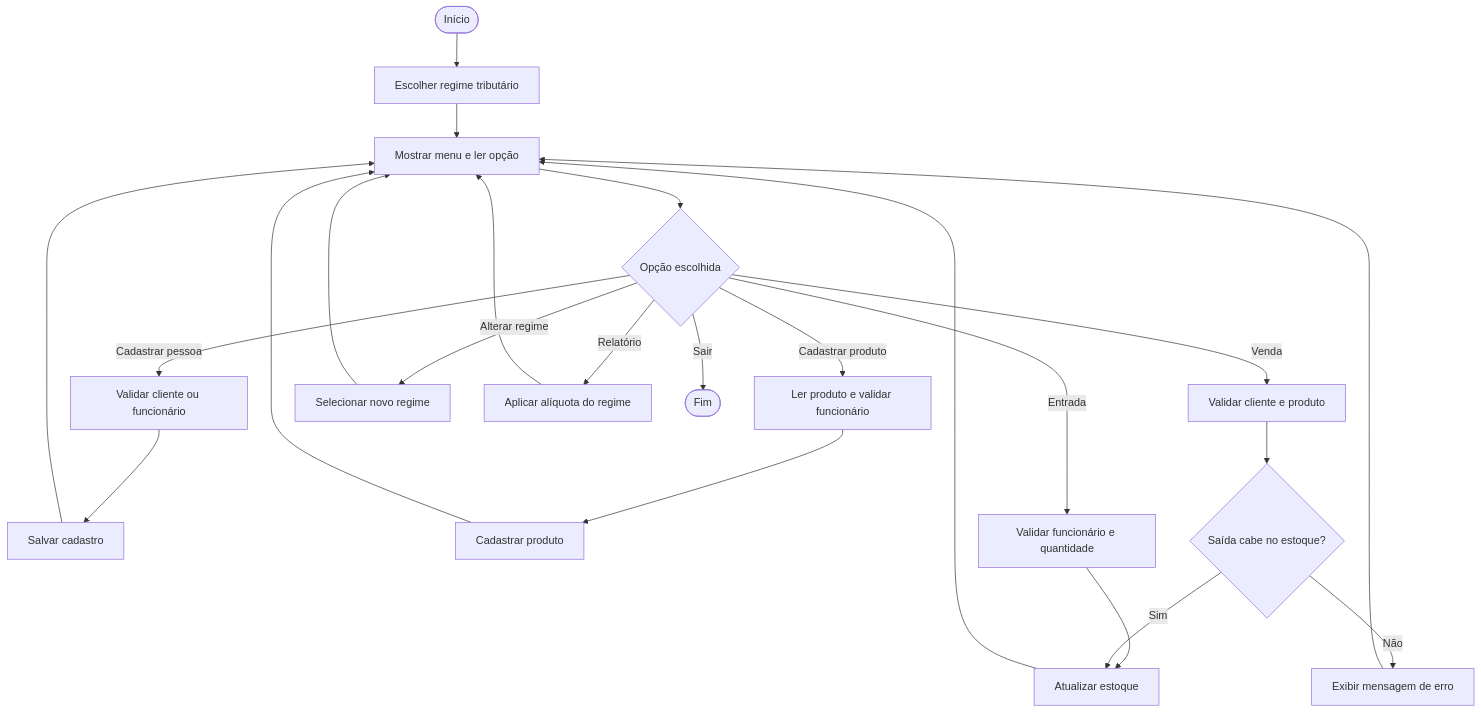
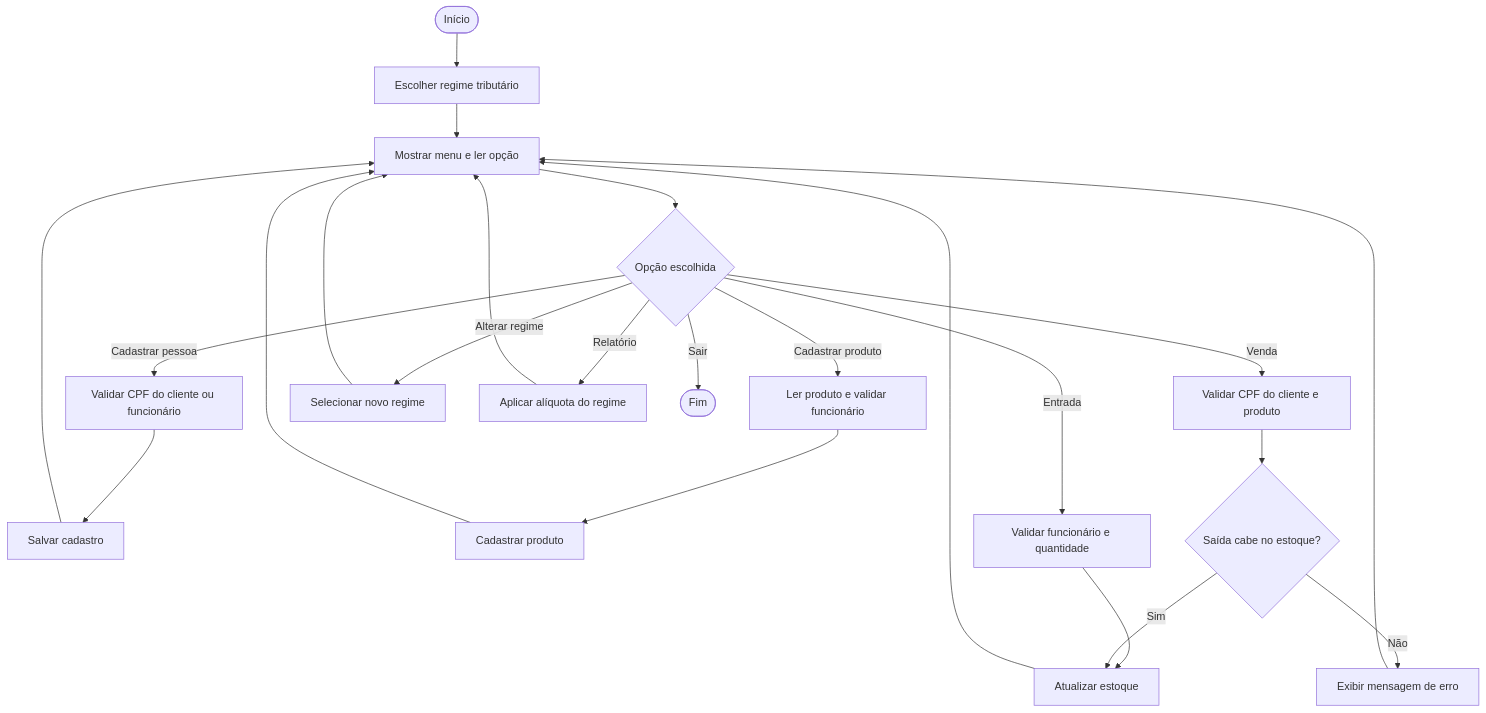
One commit to xfcvw/sistema-estoque-tributavel changed the diagram in DOCUMENTACAO.md. Above: the diagram before and after it, drawn with Mermaid. The commit also changed other lines of this file and 7 other files, not shown here.

````diff
--- a/DOCUMENTACAO.md
+++ b/DOCUMENTACAO.md
@@ -90,25 +90,25 @@
 ```mermaid
 flowchart TD
     inicio([Início]) --> regime[Escolher regime tributário]
     regime --> menu[Mostrar menu e ler opção]
     menu --> opcao{Opção escolhida}
-    opcao -->|Cadastrar pessoa| pessoa[Validar cliente ou funcionário]
+    opcao -->|Cadastrar pessoa| pessoa[Validar CPF do cliente ou funcionário]
     pessoa --> salvarPessoa[Salvar cadastro]
     opcao -->|Cadastrar produto| cadastro[Ler produto e validar funcionário]
     cadastro --> salvar[Cadastrar produto]
     opcao -->|Entrada| entrada[Validar funcionário e quantidade]
     entrada --> atualizar[Atualizar estoque]
-    opcao -->|Venda| movimento[Validar cliente e produto]
+    opcao -->|Venda| movimento[Validar CPF do cliente e produto]
     movimento --> suficiente{Saída cabe no estoque?}
     suficiente -->|Não| erro[Exibir mensagem de erro]
     suficiente -->|Sim| atualizar[Atualizar estoque]
     opcao -->|Alterar regime| trocarRegime[Selecionar novo regime]
     trocarRegime --> menu
     opcao -->|Relatório| relatorio[Aplicar alíquota do regime]
     salvar --> menu
     salvarPessoa --> menu
     atualizar --> menu
     erro --> menu
     relatorio --> menu
     opcao -->|Sair| fim([Fim])
 ```
````
